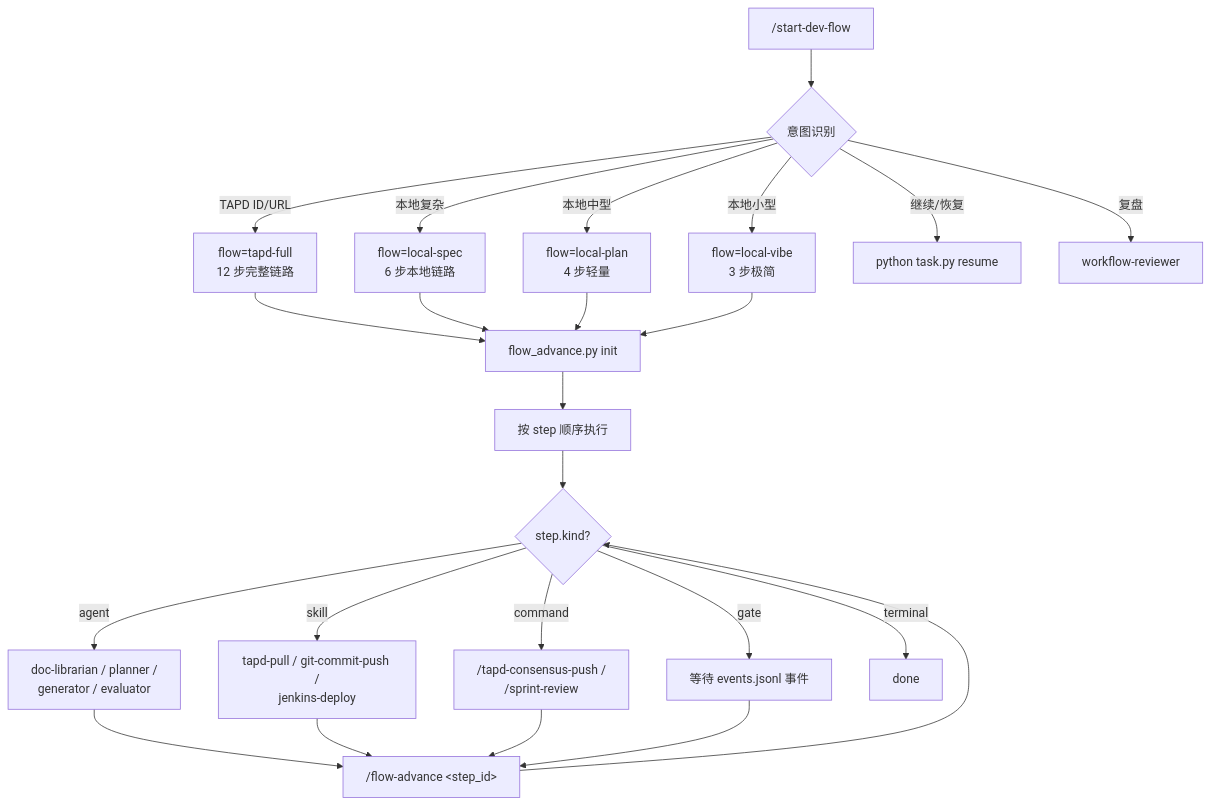
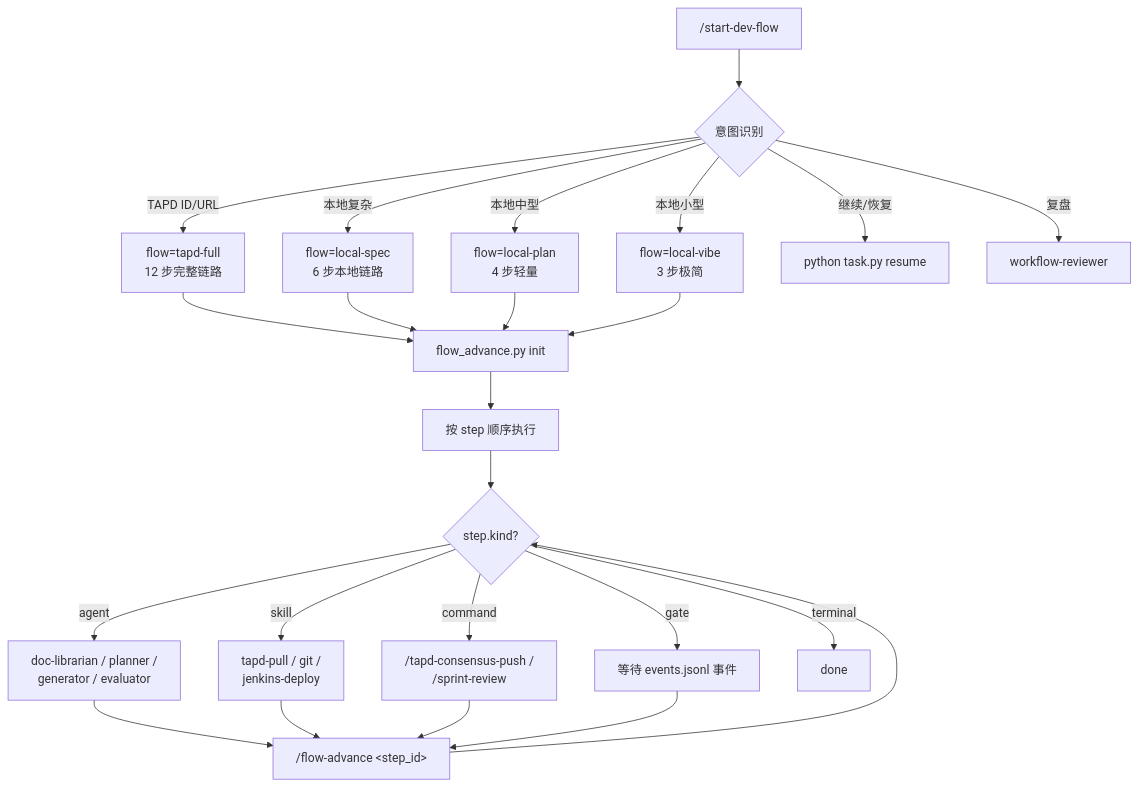
The diagram in .chatlabs/knowledge/project/core-functions.md (dd-xiaozhi/dev-agent-flow), drawn with Mermaid before and after one commit. The commit also changed 34 other files, not shown here.

First line of the commit message:
refactor(skill): 合并 git skills + 下线 workflow-state.json + flow 仅保留当前步骤

````diff
--- a/.chatlabs/knowledge/project/core-functions.md
+++ b/.chatlabs/knowledge/project/core-functions.md
@@ -7,28 +7,28 @@
 ```mermaid
 flowchart TD
     START["/start-dev-flow"] --> 识别{意图识别}
     识别 -->|TAPD ID/URL| F1["flow=tapd-full<br/>12 步完整链路"]
     识别 -->|本地复杂| F2["flow=local-spec<br/>6 步本地链路"]
     识别 -->|本地中型| F3["flow=local-plan<br/>4 步轻量"]
     识别 -->|本地小型| F4["flow=local-vibe<br/>3 步极简"]
     识别 -->|继续/恢复| RES["python task.py resume"]
     识别 -->|复盘| REV["workflow-reviewer"]
 
     F1 --> INIT["flow_advance.py init"]
     F2 --> INIT
     F3 --> INIT
     F4 --> INIT
     INIT --> EXEC[按 step 顺序执行]
     EXEC --> KIND{step.kind?}
     KIND -->|agent| KA["doc-librarian / planner /<br/>generator / evaluator"]
-    KIND -->|skill| KS["tapd-pull / git-commit-push /<br/>jenkins-deploy"]
+    KIND -->|skill| KS["tapd-pull / git /<br/>jenkins-deploy"]
     KIND -->|command| KC["/tapd-consensus-push /<br/>/sprint-review"]
     KIND -->|gate| KG["等待 events.jsonl 事件"]
     KIND -->|terminal| END["done"]
 
     KA --> ADV["/flow-advance &lt;step_id&gt;"]
     KS --> ADV
     KC --> ADV
     KG --> ADV
     ADV --> KIND
 ```
````
